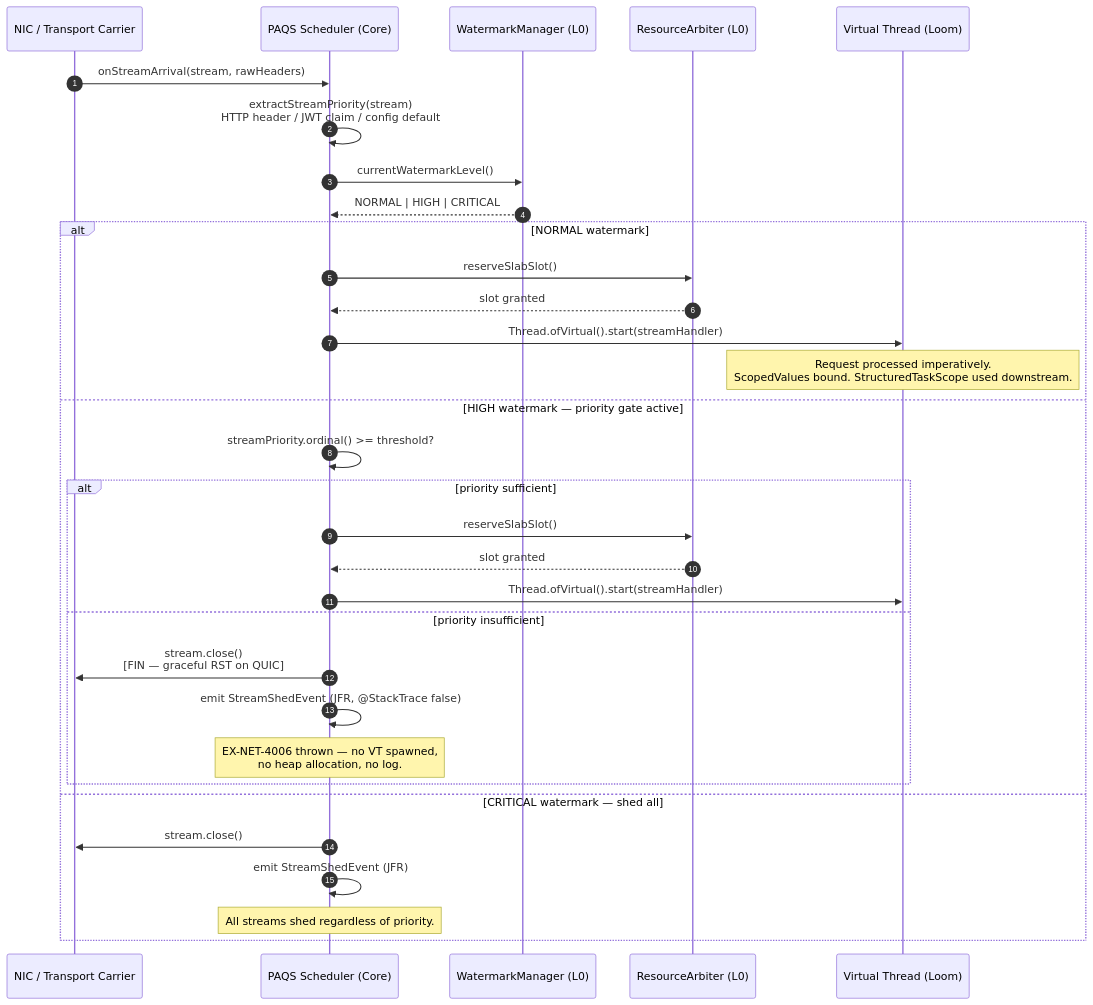
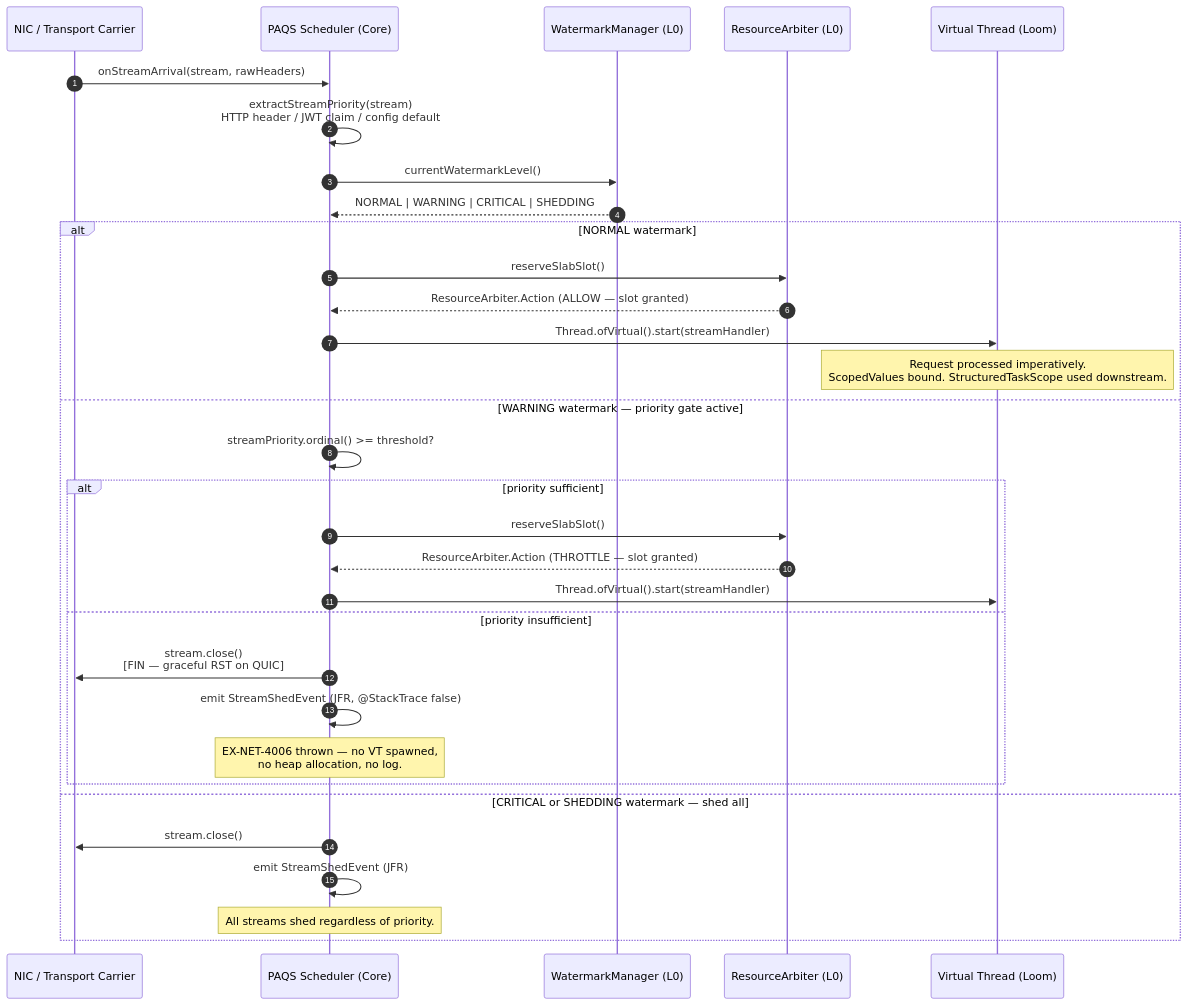
Before and after one commit to exeris-systems/exeris-kernel: the diagram in docs/subsystems/transport.md, drawn with Mermaid. The commit also changed other lines of this file and 1 other file, not shown here.

````diff
--- a/docs/subsystems/transport.md
+++ b/docs/subsystems/transport.md
@@ -184,37 +184,37 @@
 ```mermaid
 sequenceDiagram
     autonumber
     participant NIC   as NIC / Transport Carrier
     participant PAQS  as PAQS Scheduler (Core)
     participant WM    as WatermarkManager (L0)
     participant RA    as ResourceArbiter (L0)
     participant VT    as Virtual Thread (Loom)
 
     NIC->>PAQS: onStreamArrival(stream, rawHeaders)
     PAQS->>PAQS: extractStreamPriority(stream)<br/>HTTP header / JWT claim / config default
 
     PAQS->>WM: currentWatermarkLevel()
-    WM-->>PAQS: NORMAL | HIGH | CRITICAL
+    WM-->>PAQS: NORMAL | WARNING | CRITICAL | SHEDDING
 
     alt NORMAL watermark
         PAQS->>RA: reserveSlabSlot()
-        RA-->>PAQS: slot granted
+        RA-->>PAQS: ResourceArbiter.Action (ALLOW — slot granted)
         PAQS->>VT: Thread.ofVirtual().start(streamHandler)
         Note over VT: Request processed imperatively.<br/>ScopedValues bound. StructuredTaskScope used downstream.
-    else HIGH watermark — priority gate active
+    else WARNING watermark — priority gate active
         PAQS->>PAQS: streamPriority.ordinal() >= threshold?
         alt priority sufficient
             PAQS->>RA: reserveSlabSlot()
-            RA-->>PAQS: slot granted
+            RA-->>PAQS: ResourceArbiter.Action (THROTTLE — slot granted)
             PAQS->>VT: Thread.ofVirtual().start(streamHandler)
         else priority insufficient
             PAQS->>NIC: stream.close()<br/>[FIN — graceful RST on QUIC]
             PAQS->>PAQS: emit StreamShedEvent (JFR, @StackTrace false)
             Note over PAQS: EX-NET-4006 thrown — no VT spawned,<br/>no heap allocation, no log.
         end
-    else CRITICAL watermark — shed all
+    else CRITICAL or SHEDDING watermark — shed all
         PAQS->>NIC: stream.close()
         PAQS->>PAQS: emit StreamShedEvent (JFR)
         Note over PAQS: All streams shed regardless of priority.
     end
 ```
````
